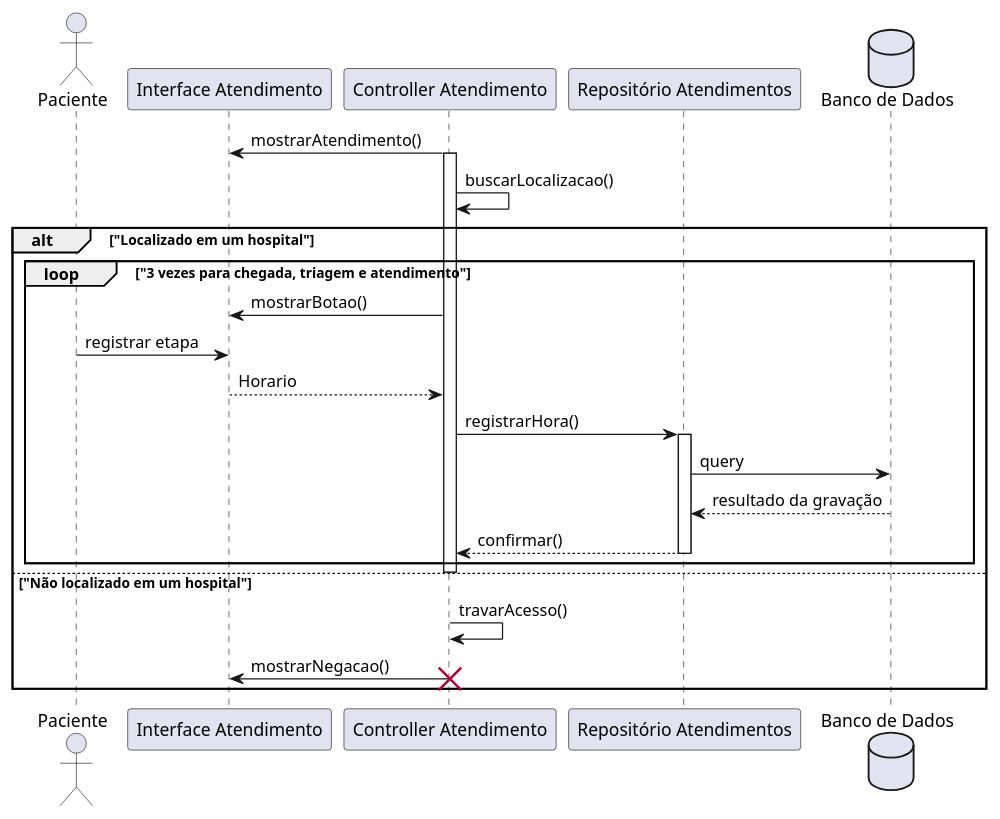
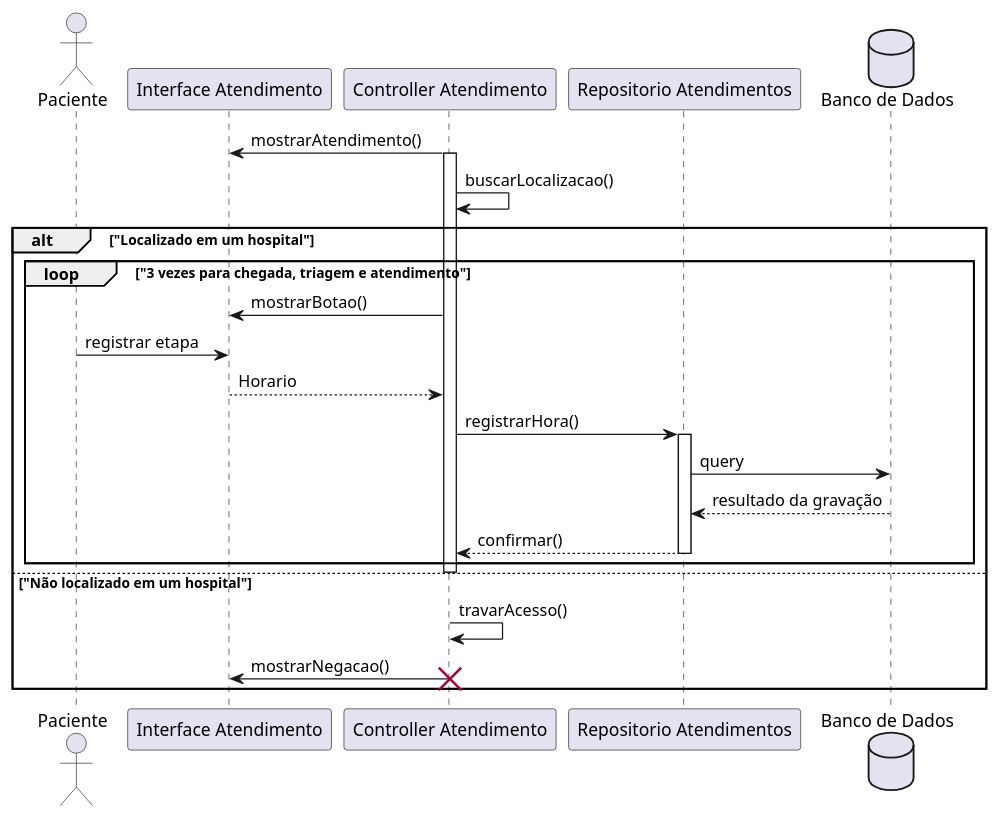
One commit to PurpleLobster31/Erro404_LabEngSoftw_06N changed the diagram in docs/UC004_input_sincrono.md. Above: the diagram before and after it, drawn with PlantUML. The commit also changed other lines of this file and 8 other files, not shown here.

````diff
--- a/docs/UC004_input_sincrono.md
+++ b/docs/UC004_input_sincrono.md
@@ -54,38 +54,38 @@
 ```plantuml
 @startuml
     actor Paciente as pac
     participant "Interface Atendimento" as intat
     participant "Controller Atendimento" as contat
-    participant "Repositório Atendimentos" as repat
+    participant "Repositorio Atendimentos" as repat
     database "Banco de Dados" as bd
 
     contat -> intat: mostrarAtendimento()
     activate contat
 
     contat -> contat: buscarLocalizacao()
     alt "Localizado em um hospital"
         loop "3 vezes para chegada, triagem e atendimento"
             contat -> intat: mostrarBotao()
             pac -> intat:  registrar etapa
             intat --> contat: Horario
             contat -> repat: registrarHora()
             activate repat
             repat -> bd: query
             bd --> repat: resultado da gravação
             repat --> contat: confirmar()
             deactivate repat
 
         end
         deactivate contat
     else "Não localizado em um hospital"
         activate contat
         contat -> contat: travarAcesso()
         contat -> intat: mostrarNegacao()
         destroy contat
     end
  
 
 
 
 @enduml
 ```
````
